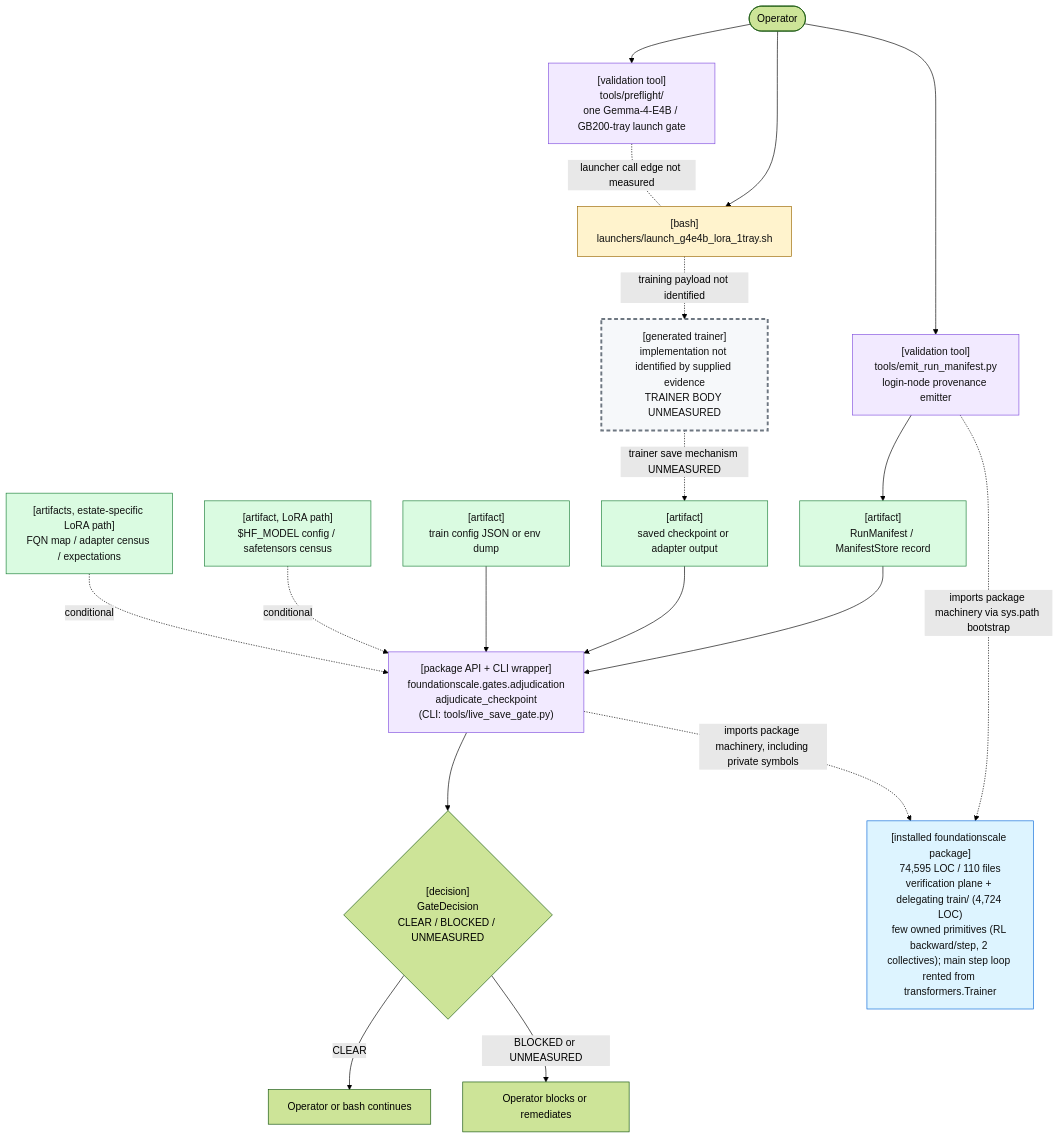
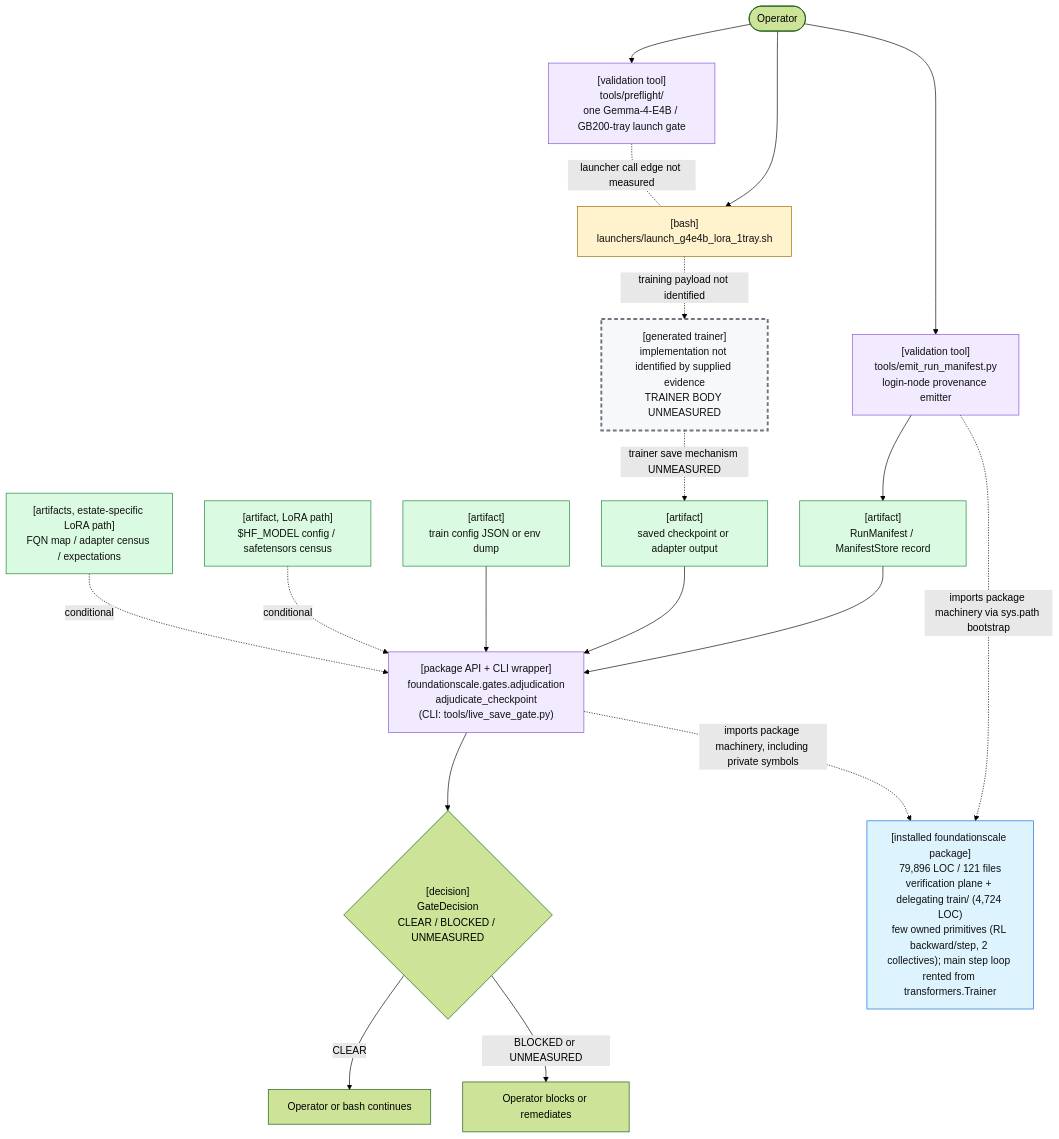
The first of 2 diagrams in docs/review/D2_current_architecture.md (TranNhiem/FoundationScale), drawn with Mermaid (forest theme) before and after one commit. The commit also changed other lines of this file and 10 other files, not shown here.

````diff
--- a/docs/review/D2_current_architecture.md
+++ b/docs/review/D2_current_architecture.md
@@ -25,59 +25,59 @@
 ```mermaid
 flowchart TB
   O(["Operator"])
 
   PF["[validation tool]<br/>tools/preflight/<br/>one Gemma-4-E4B / GB200-tray launch gate"]
   L["[bash]<br/>launchers/launch_g4e4b_lora_1tray.sh"]
 
   E["[validation tool]<br/>tools/emit_run_manifest.py<br/>login-node provenance emitter"]
   M["[artifact]<br/>RunManifest / ManifestStore record"]
 
   T["[generated trainer]<br/>implementation not identified by supplied evidence<br/>TRAINER BODY UNMEASURED"]
   C["[artifact]<br/>saved checkpoint or adapter output"]
 
   G["[package API + CLI wrapper]<br/>foundationscale.gates.adjudication<br/>adjudicate_checkpoint<br/>(CLI: tools/live_save_gate.py)"]
   CFG["[artifact]<br/>train config JSON or env dump"]
   BASE["[artifact, LoRA path]<br/>$HF_MODEL config / safetensors census"]
   CEN["[artifacts, estate-specific LoRA path]<br/>FQN map / adapter census / expectations"]
 
   D{"[decision]<br/>GateDecision<br/>CLEAR / BLOCKED / UNMEASURED"}
   OK["Operator or bash continues"]
   NO["Operator blocks or remediates"]
 
-  PKG["[installed foundationscale package]<br/>74,595 LOC / 110 files<br/>verification plane + delegating train/ (4,724 LOC)<br/>few owned primitives (RL backward/step, 2 collectives); main step loop rented from transformers.Trainer"]
+  PKG["[installed foundationscale package]<br/>79,896 LOC / 121 files<br/>verification plane + delegating train/ (4,724 LOC)<br/>few owned primitives (RL backward/step, 2 collectives); main step loop rented from transformers.Trainer"]
 
   O --> PF
   O --> L
   PF -. "launcher call edge not measured" .- L
 
   O --> E
   E --> M
 
   L -. "training payload not identified" .-> T
   T -. "trainer save mechanism UNMEASURED" .-> C
 
   M --> G
   C --> G
   CFG --> G
   BASE -. "conditional" .-> G
   CEN -. "conditional" .-> G
 
   E -. "imports package machinery via sys.path bootstrap" .-> PKG
   G -. "imports package machinery, including private symbols" .-> PKG
 
   G --> D
   D -->|"CLEAR"| OK
   D -->|"BLOCKED or UNMEASURED"| NO
 
   classDef bash fill:#fff3cd,stroke:#9a6700,color:#111;
   classDef tool fill:#f2eaff,stroke:#8250df,color:#111;
   classDef artifact fill:#dafbe1,stroke:#1a7f37,color:#111;
   classDef gap fill:#f6f8fa,stroke:#6e7781,stroke-width:3px,stroke-dasharray: 6 4,color:#111;
   classDef pkg fill:#ddf4ff,stroke:#0969da,color:#111;
 
   class L bash;
   class PF,E,G tool;
   class M,C,CFG,BASE,CEN artifact;
   class T gap;
   class PKG pkg;
 ```
````
